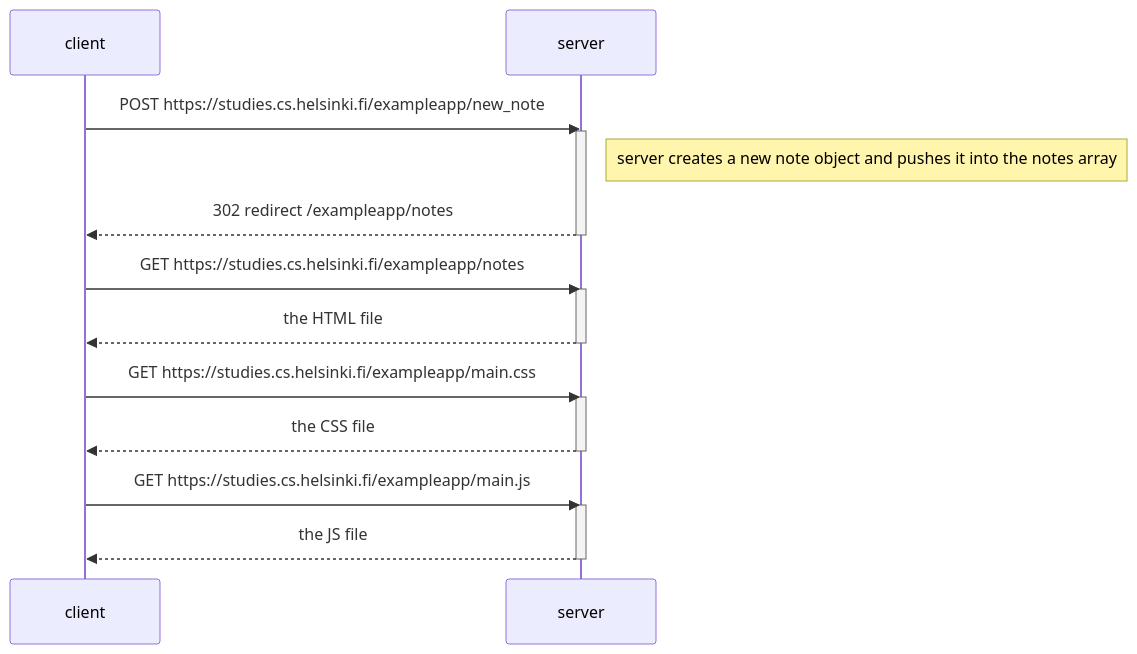
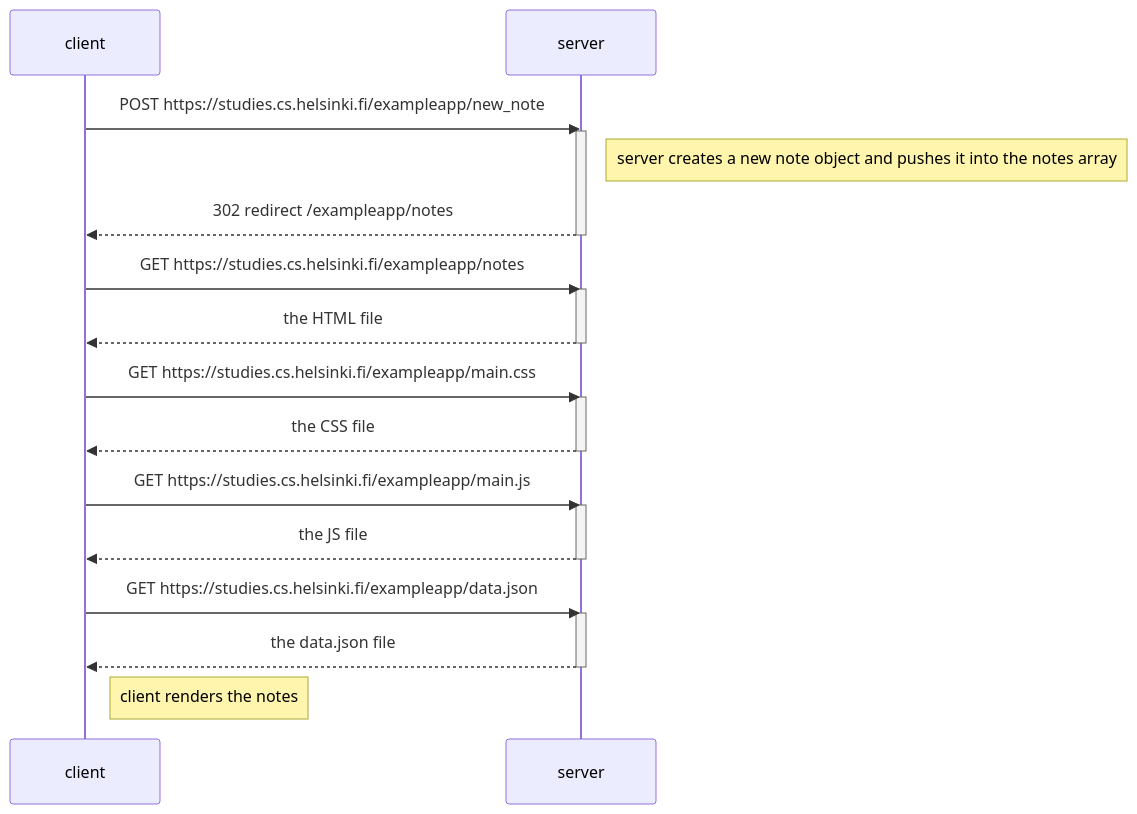
Before and after one commit to codenamecat/fullstackopen-course: the diagram in part0-exercises/exercise0.4.md, drawn with Mermaid.

````diff
--- a/part0-exercises/exercise0.4.md
+++ b/part0-exercises/exercise0.4.md
@@ -7,26 +7,33 @@
 ```mermaid
     sequenceDiagram
         participant client
         participant server
         
         client->>server: POST https://studies.cs.helsinki.fi/exampleapp/new_note
         activate server
         Note right of server: server creates a new note object and pushes it into the notes array
         server-->>client: 302 redirect /exampleapp/notes
         deactivate server
         
         client->>server: GET https://studies.cs.helsinki.fi/exampleapp/notes
         activate server
         server-->>client: the HTML file
         deactivate server
         
         client->>server: GET https://studies.cs.helsinki.fi/exampleapp/main.css
         activate server
         server-->>client: the CSS file
         deactivate server
         
         client->>server: GET https://studies.cs.helsinki.fi/exampleapp/main.js
         activate server
         server-->>client: the JS file
-        deactivate server    
+        deactivate server
+
+        client->>server: GET https://studies.cs.helsinki.fi/exampleapp/data.json
+        activate server
+        server-->>client: the data.json file
+        deactivate server
+
+        Note right of client: client renders the notes
 ```
````
